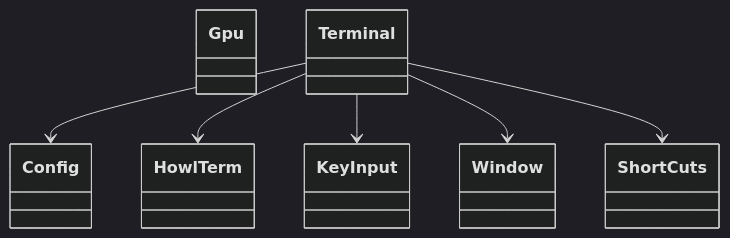
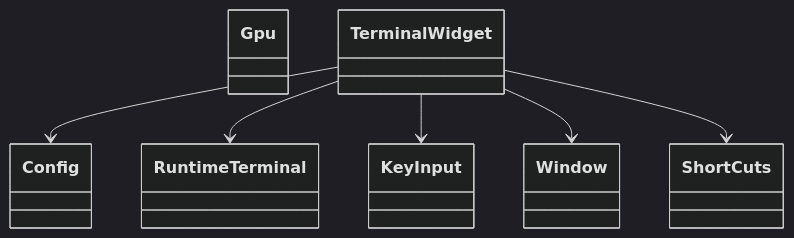
One commit to LaurenceGuws/howl-linux-host changed the first of 3 diagrams in design.md. Above: the diagram before and after it, drawn with Mermaid (dark theme). The commit also changed other lines of this file and 19 other files, not shown here.

````diff
--- a/design.md
+++ b/design.md
@@ -21,16 +21,16 @@
 ```mermaid
 classDiagram
     class Config
     class Window
     class KeyInput
     class ShortCuts
     class Gpu
-    class HowlTerm
-    class Terminal
+    class RuntimeTerminal
+    class TerminalWidget
 
-    Terminal --> Config
-    Terminal --> HowlTerm
-    Terminal --> KeyInput
-    Terminal --> Window
-    Terminal --> ShortCuts
+    TerminalWidget --> Config
+    TerminalWidget --> RuntimeTerminal
+    TerminalWidget --> KeyInput
+    TerminalWidget --> Window
+    TerminalWidget --> ShortCuts
 ```
````
